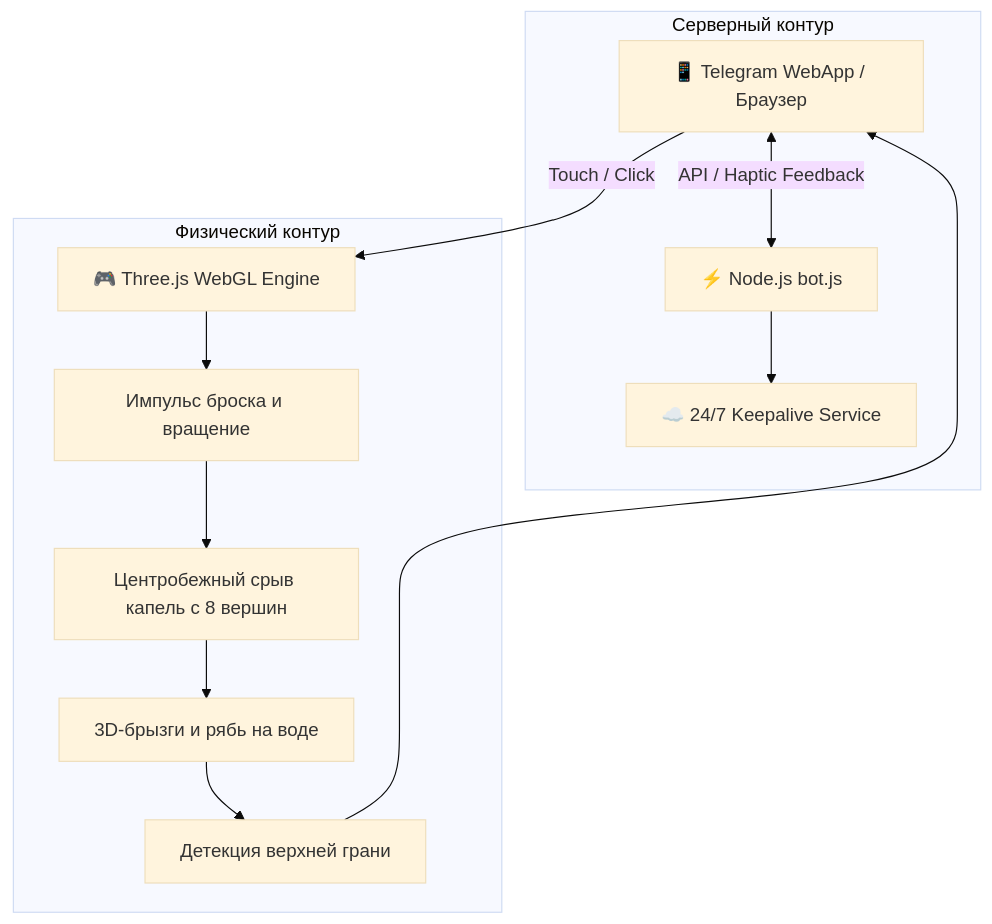
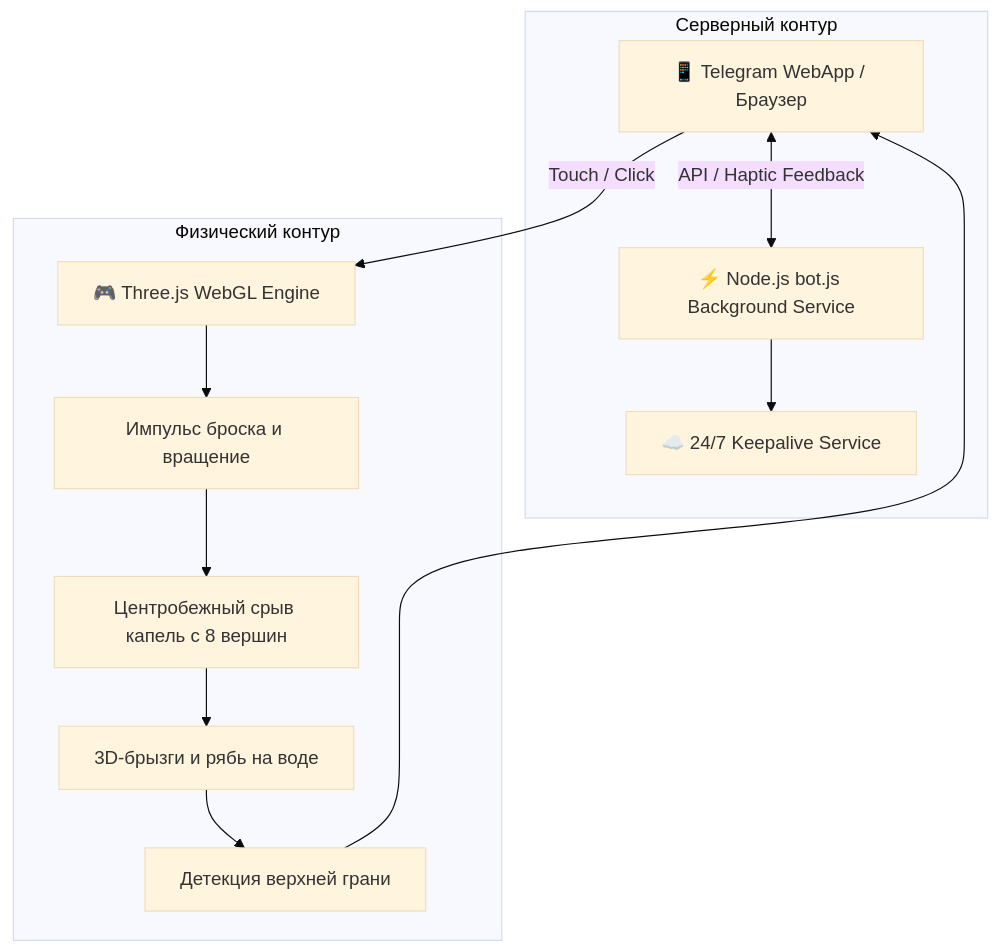
The diagram in README.md (Andrew123485/kubik555-bot), drawn with Mermaid (base theme) before and after one commit. The commit also changed other lines of this file and 1 other file, not shown here.

Commit message:
docs: clarify daemon terminology to background service

````diff
--- a/README.md
+++ b/README.md
@@ -98,18 +98,18 @@
 ```mermaid
 flowchart TD
     Client[📱 Telegram WebApp / Браузер] -->|Touch / Click| Engine[🎮 Three.js WebGL Engine]
     
     subgraph Physics["Физический контур"]
         Engine --> Throw[Импульс броска и вращение]
         Throw --> Centrifugal[Центробежный срыв капель с 8 вершин]
         Centrifugal --> Splash[3D-брызги и рябь на воде]
         Splash --> Result[Детекция верхней грани]
     end
     
     subgraph Backend["Серверный контур"]
-        Client <-->|API / Haptic Feedback| BotDaemon[⚡ Node.js bot.js]
+        Client <-->|API / Haptic Feedback| BotDaemon[⚡ Node.js bot.js Background Service]
         BotDaemon --> RenderPaaS[☁️ 24/7 Keepalive Service]
     end
     
     Result --> Client
 ```
````
